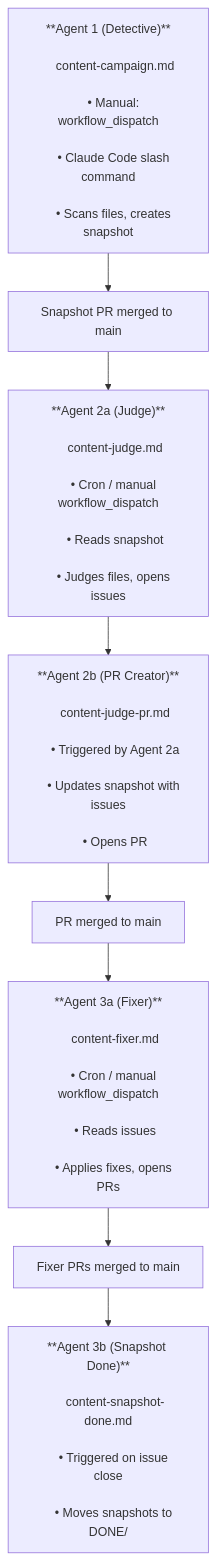
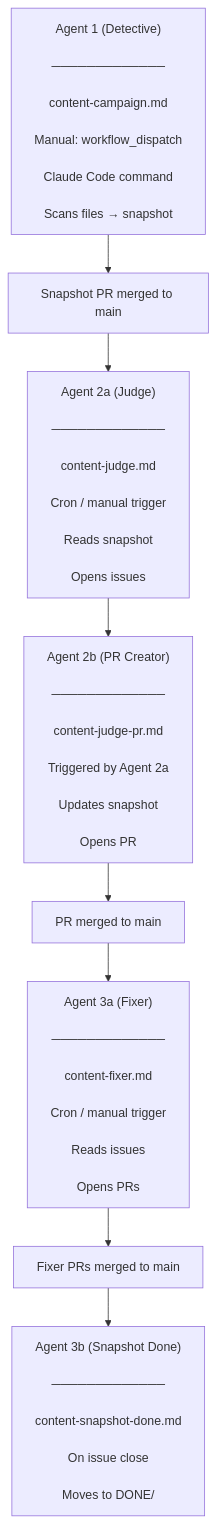
The diagram in .github/ContentHawk/README.md (SSWConsulting/SSW.Rules.Content), drawn with Mermaid before and after one commit.

Commit message:
using syntactically correct mermaid charet

````diff
--- a/.github/ContentHawk/README.md
+++ b/.github/ContentHawk/README.md
@@ -7,39 +7,44 @@
 ```mermaid
 flowchart TD
-    A["**Agent 1 (Detective)**<br/>
+    A["Agent 1 (Detective)<br/>
+    ─────────────<br/>
     content-campaign.md<br/>
-    • Manual: workflow_dispatch<br/>
-    • Claude Code slash command<br/>
-    • Scans files, creates snapshot"]
+    Manual: workflow_dispatch<br/>
+    Claude Code command<br/>
+    Scans files → snapshot"]
 
     B["Snapshot PR merged to main"]
 
-    C["**Agent 2a (Judge)**<br/>
+    C["Agent 2a (Judge)<br/>
+    ─────────────<br/>
     content-judge.md<br/>
-    • Cron / manual workflow_dispatch<br/>
-    • Reads snapshot<br/>
-    • Judges files, opens issues"]
+    Cron / manual trigger<br/>
+    Reads snapshot<br/>
+    Opens issues"]
 
-    D["**Agent 2b (PR Creator)**<br/>
+    D["Agent 2b (PR Creator)<br/>
+    ─────────────<br/>
     content-judge-pr.md<br/>
-    • Triggered by Agent 2a<br/>
-    • Updates snapshot with issues<br/>
-    • Opens PR"]
+    Triggered by Agent 2a<br/>
+    Updates snapshot<br/>
+    Opens PR"]
 
     E["PR merged to main"]
 
-    F["**Agent 3a (Fixer)**<br/>
+    F["Agent 3a (Fixer)<br/>
+    ─────────────<br/>
     content-fixer.md<br/>
-    • Cron / manual workflow_dispatch<br/>
-    • Reads issues<br/>
-    • Applies fixes, opens PRs"]
+    Cron / manual trigger<br/>
+    Reads issues<br/>
+    Opens PRs"]
 
     G["Fixer PRs merged to main"]
 
-    H["**Agent 3b (Snapshot Done)**<br/>
+    H["Agent 3b (Snapshot Done)<br/>
+    ─────────────<br/>
     content-snapshot-done.md<br/>
-    • Triggered on issue close<br/>
-    • Moves snapshots to DONE/"]
+    On issue close<br/>
+    Moves to DONE/"]
 
     A --> B --> C --> D --> E --> F --> G --> H
 ```
````
